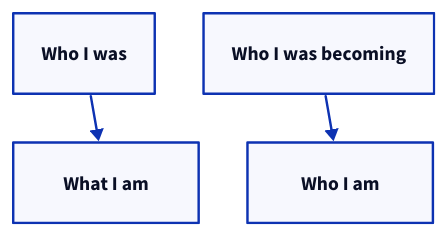
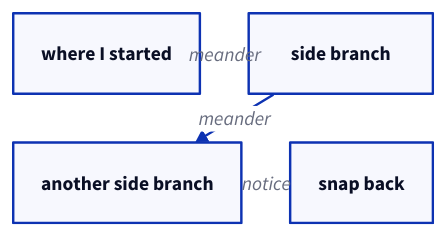
One commit to srid/emanote changed the diagram in tests/fixtures/notebook/diagram-d2-demo.md. Above: the diagram before and after it, drawn with D2. The commit also changed 1 other file, not shown here.

Commit message:
docs(diagrams): swap d2 demo to the thought-meandering exercise
"Silly or Sensible" describes the meander explicitly: thoughts go
off into a side branch, that branches into another, and another, until
you notice and snap back. Render that verbatim cadence as the d2 demo
— five nodes laid out on a grid (so width stays bounded), four
`meander` edges in series, and a green `notice` edge into the
`snap back` node. Fixture mirrored.

Replaces the Before/After identity grid which was a fine reading of
"Something has changed in me" but didn't capture an exercise — and
the meander has a natural flow shape that d2 renders well.

````diff
--- a/tests/fixtures/notebook/diagram-d2-demo.md
+++ b/tests/fixtures/notebook/diagram-d2-demo.md
@@ -11,11 +11,12 @@
 ```d2
 grid-rows: 2
 
-was: "Who I was"
-becoming: "Who I was becoming"
-what: "What I am"
-who: "Who I am"
+start: "where I started"
+b1: "side branch"
+b2: "another side branch"
+back: "snap back"
 
-was -> what
-becoming -> who
+start -> b1: meander
+b1 -> b2: meander
+b2 -> back: notice
 ```
````
